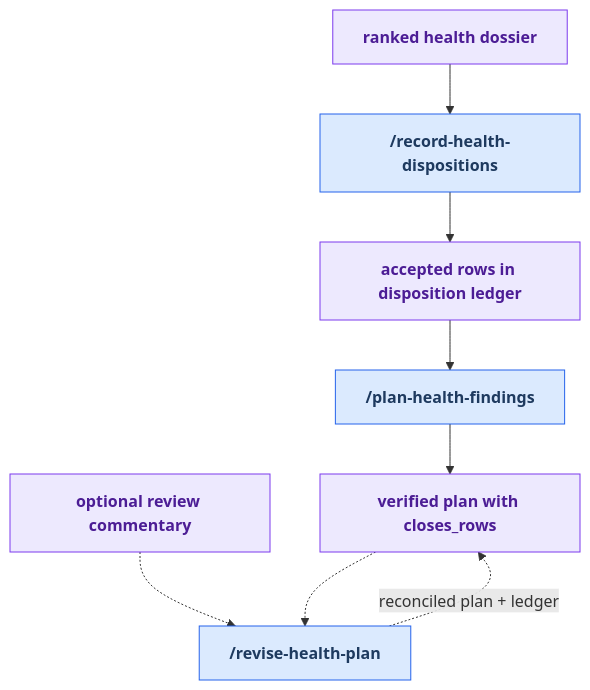
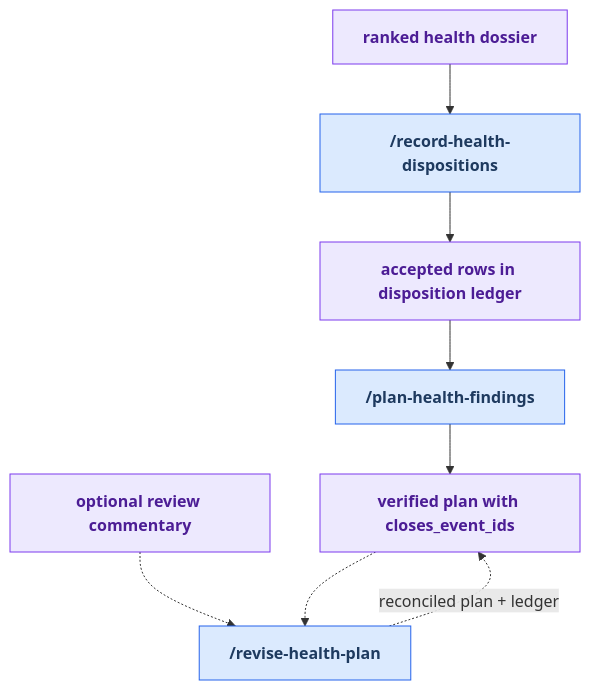
Before and after one commit to russell-laing/al-dev-shared: the diagram in docs/maintainer-tooling/decide.md, drawn with Mermaid. The commit also changed other lines of this file and 7 other files, not shown here.

````diff
--- a/docs/maintainer-tooling/decide.md
+++ b/docs/maintainer-tooling/decide.md
@@ -49,26 +49,26 @@
 ```mermaid
 flowchart TD
     classDef userSkill fill:#dbeafe,stroke:#2563eb,color:#1e3a5f,font-weight:bold
     classDef artifact fill:#ede9fe,stroke:#7c3aed,color:#4c1d95,font-weight:bold
 
     art_dossier["ranked health dossier"]
     skill_record_health_dispositions["/record-health-dispositions"]
     art_ledger["accepted rows in disposition ledger"]
     skill_plan_health_findings["/plan-health-findings"]
-    art_plan["verified plan with closes_rows"]
+    art_plan["verified plan with closes_event_ids"]
     art_commentary["optional review commentary"]
     skill_revise_health_plan["/revise-health-plan"]
 
     art_dossier --> skill_record_health_dispositions
     skill_record_health_dispositions --> art_ledger
     art_ledger --> skill_plan_health_findings
     skill_plan_health_findings --> art_plan
     art_commentary -.-> skill_revise_health_plan
     art_plan -.-> skill_revise_health_plan
     skill_revise_health_plan -. "reconciled plan + ledger" .-> art_plan
 
     class skill_record_health_dispositions userSkill
     class skill_plan_health_findings userSkill
     class skill_revise_health_plan userSkill
     class art_dossier,art_ledger,art_plan,art_commentary artifact
 ```
````
